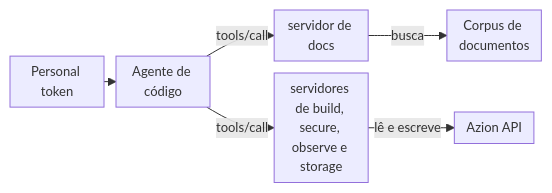
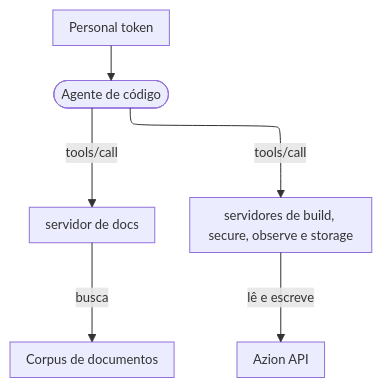
Before and after one commit to aziontech/docs: the diagram in apps/docs/src/content/docs/pt-br/pages/devtools/mcp/mcp-overview.mdx, drawn with Mermaid. The commit also changed 179 other files, not shown here.

Commit message:
docs(diagrams): redraw every other diagram in the use-case diagram style (#2513)

````diff
--- a/apps/docs/src/content/docs/pt-br/pages/devtools/mcp/mcp-overview.mdx
+++ b/apps/docs/src/content/docs/pt-br/pages/devtools/mcp/mcp-overview.mdx
@@ -91,9 +91,9 @@
 ```mermaid
-%%{init: {"layout": "dagre", "themeVariables": {"fontSize": "13px"}, "flowchart": {"nodeSpacing": 12, "rankSpacing": 12, "padding": 6, "wrappingWidth": 70, "minNodeWidth": 40, "useMaxWidth": true}}}%%
-flowchart LR
-  Token["Personal token"] --> Agent["Agente de código"]
+%%{init: {"layout": "elk", "themeVariables": {"fontSize": "13px"}, "flowchart": {"nodeSpacing": 24, "rankSpacing": 36, "padding": 8, "wrappingWidth": 150, "useMaxWidth": true}, "sequence": {"width": 120, "actorMargin": 30, "useMaxWidth": true}}}%%
+flowchart TD
+  Token["Personal token"] --> Agent(["Agente de código"])
   Agent -->|"tools/call"| Docs["servidor de docs"]
   Agent -->|"tools/call"| Domain["servidores de build, secure, observe e storage"]
   Docs -->|"busca"| Corpus["Corpus de documentos"]
   Domain -->|"lê e escreve"| Api["Azion API"]
 ```
````
